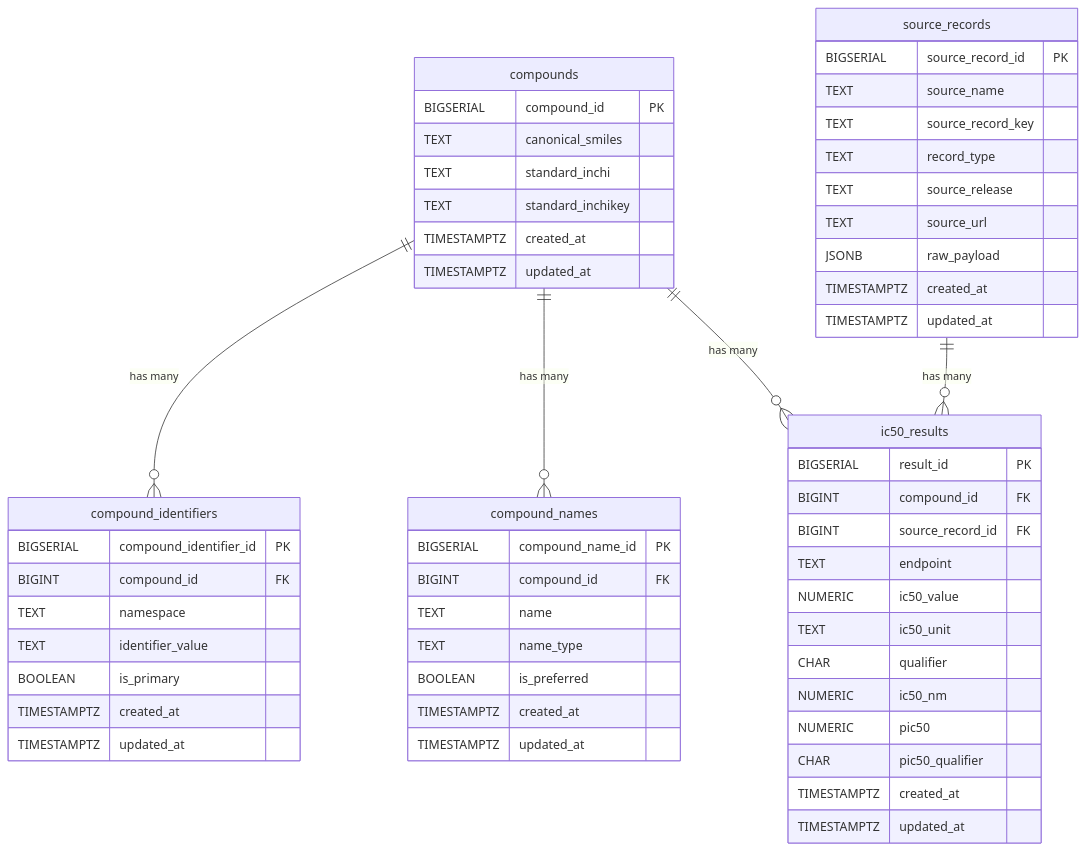
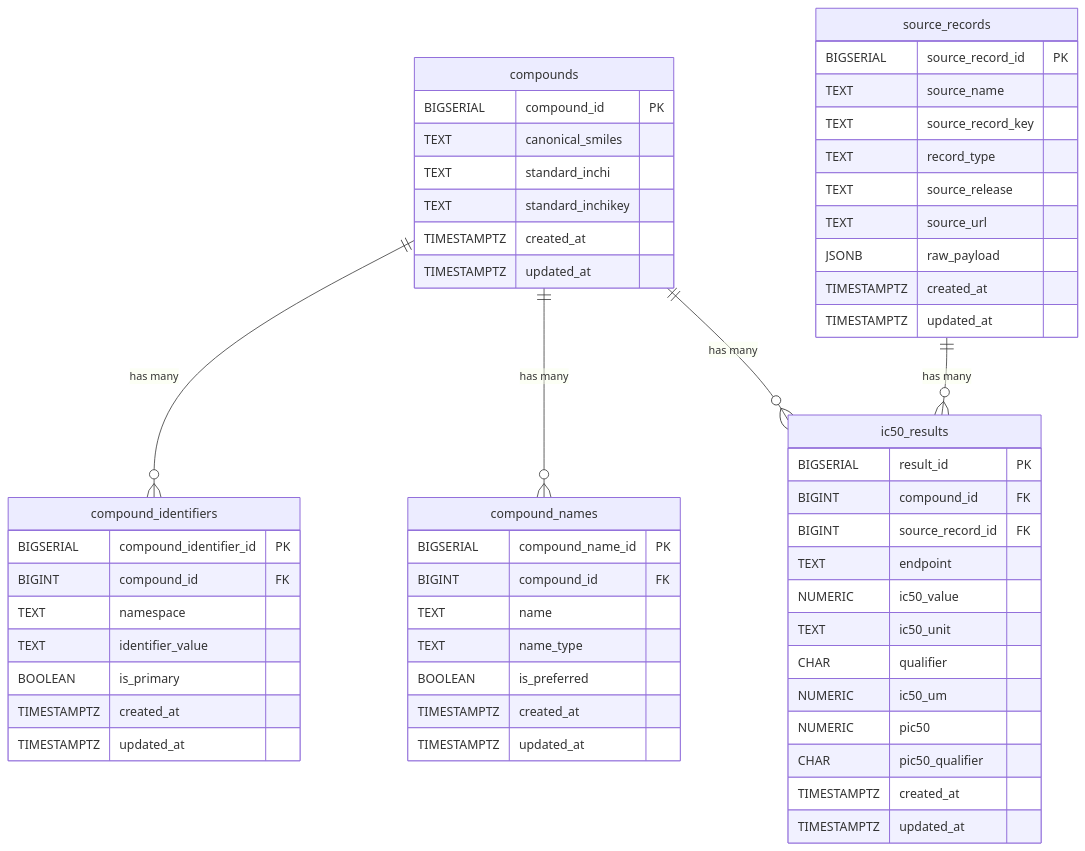
Before and after one commit to a2tian-base/bioactivity-database: the diagram in README.md, drawn with Mermaid. The commit also changed other lines of this file and 51 other files, not shown here.

````diff
--- a/README.md
+++ b/README.md
@@ -72,63 +72,63 @@
 ```mermaid
 erDiagram
     compounds ||--o{ compound_identifiers : "has many"
     compounds ||--o{ compound_names : "has many"
     compounds ||--o{ ic50_results : "has many"
     source_records ||--o{ ic50_results : "has many"
 
     compounds {
         BIGSERIAL compound_id PK
         TEXT canonical_smiles
         TEXT standard_inchi
         TEXT standard_inchikey
         TIMESTAMPTZ created_at
         TIMESTAMPTZ updated_at
     }
 
     compound_identifiers {
         BIGSERIAL compound_identifier_id PK
         BIGINT compound_id FK
         TEXT namespace
         TEXT identifier_value
         BOOLEAN is_primary
         TIMESTAMPTZ created_at
         TIMESTAMPTZ updated_at
     }
 
     compound_names {
         BIGSERIAL compound_name_id PK
         BIGINT compound_id FK
         TEXT name
         TEXT name_type
         BOOLEAN is_preferred
         TIMESTAMPTZ created_at
         TIMESTAMPTZ updated_at
     }
 
     source_records {
         BIGSERIAL source_record_id PK
         TEXT source_name
         TEXT source_record_key
         TEXT record_type
         TEXT source_release
         TEXT source_url
         JSONB raw_payload
         TIMESTAMPTZ created_at
         TIMESTAMPTZ updated_at
     }
 
     ic50_results {
         BIGSERIAL result_id PK
         BIGINT compound_id FK
         BIGINT source_record_id FK
         TEXT endpoint
         NUMERIC ic50_value
         TEXT ic50_unit
         CHAR qualifier
-        NUMERIC ic50_nm
+        NUMERIC ic50_um
         NUMERIC pic50
         CHAR pic50_qualifier
         TIMESTAMPTZ created_at
         TIMESTAMPTZ updated_at
     }
 ```
````
